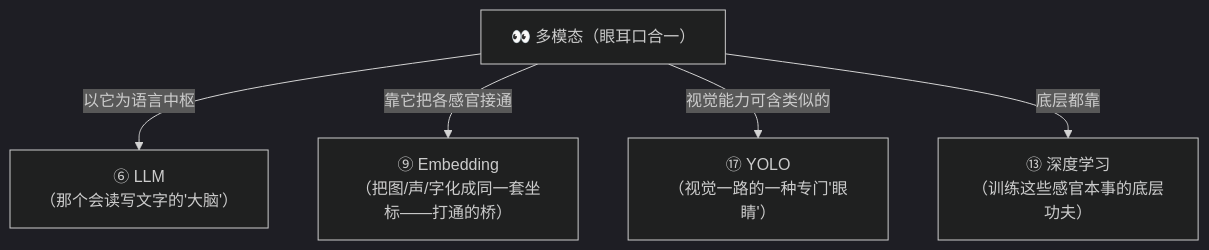
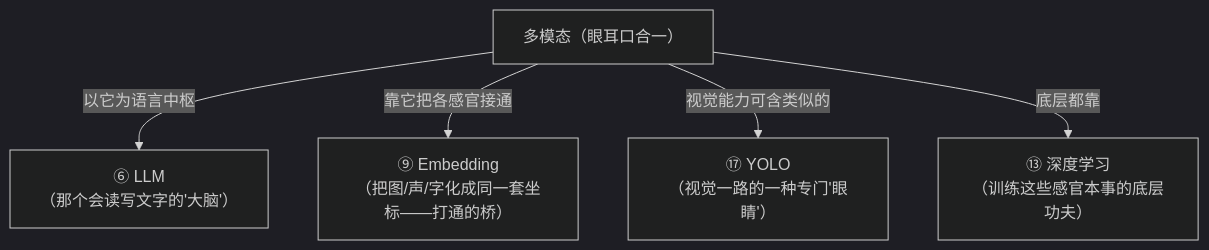
The sixth of 6 diagrams in docs/02_CONCEPTS_概念入门/CONCEPT/[CONCEPT-27] 什么是多模态-Multimodal.md (luckykhy/KhyAiHub), drawn with Mermaid (dark theme) before and after one commit. The commit also changed other lines of this file and 19 other files, not shown here.

````diff
--- a/docs/02_CONCEPTS_概念入门/CONCEPT/[CONCEPT-27] 什么是多模态-Multimodal.md
+++ b/docs/02_CONCEPTS_概念入门/CONCEPT/[CONCEPT-27] 什么是多模态-Multimodal.md
@@ -271,12 +271,12 @@
 ```mermaid
 flowchart TB
-  MM["👀 多模态（眼耳口合一）"]
+  MM["多模态（眼耳口合一）"]
   LLM["⑥ LLM<br/>（那个会读写文字的'大脑'）"]
   EMB["⑨ Embedding<br/>（把图/声/字化成同一套坐标——打通的桥）"]
   YOLO["⑰ YOLO<br/>（视觉一路的一种专门'眼睛'）"]
   DL["⑬ 深度学习<br/>（训练这些感官本事的底层功夫）"]
   MM -->|"以它为语言中枢"| LLM
   MM -->|"靠它把各感官接通"| EMB
   MM -->|"视觉能力可含类似的"| YOLO
   MM -->|"底层都靠"| DL
 ```
````
